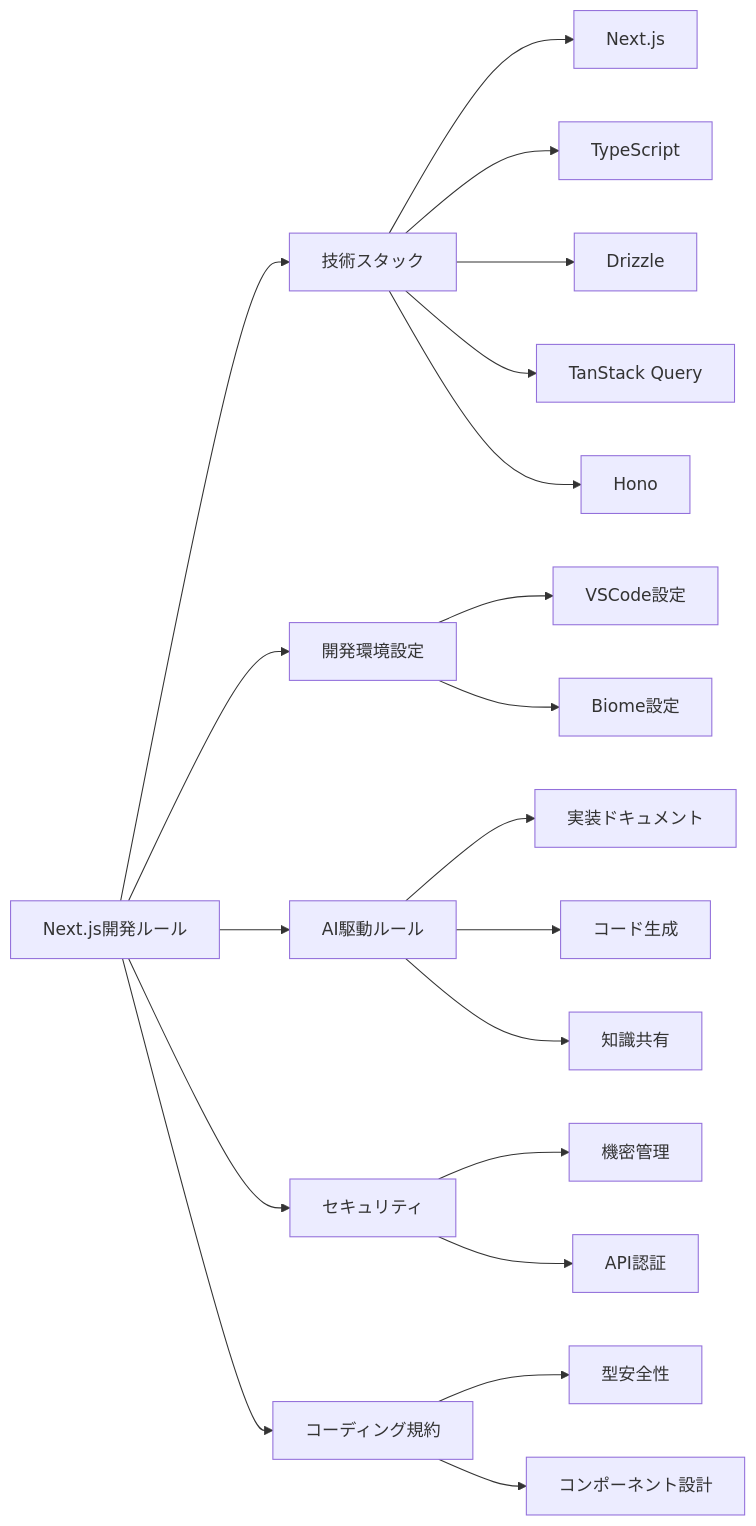
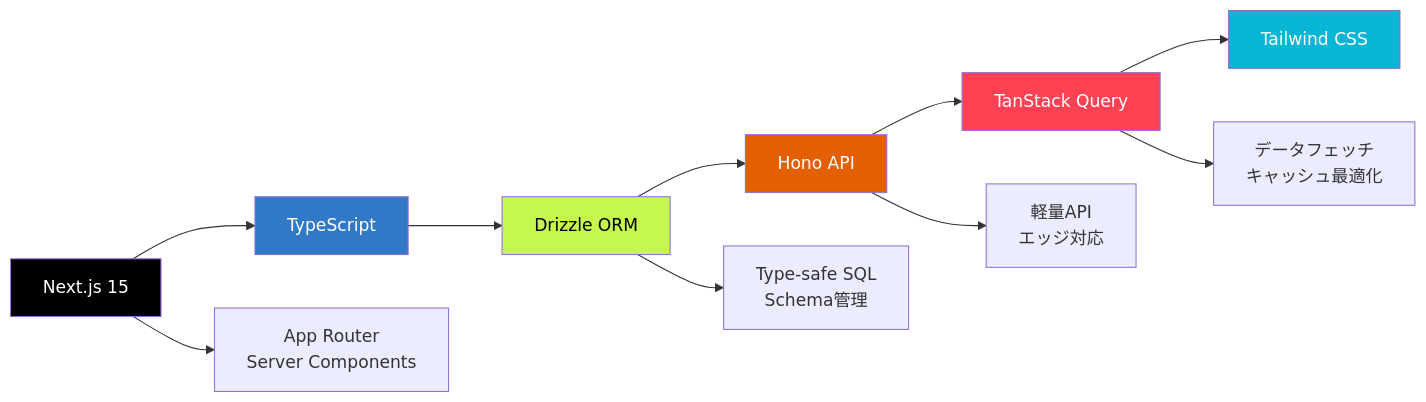
Before and after one commit to YunosukeYoshino/rules: the fourth of 4 diagrams in README.md, drawn with Mermaid. The commit also changed other lines of this file, not shown here.

````diff
--- a/README.md
+++ b/README.md
@@ -115,27 +116,20 @@
 ```mermaid
 graph LR
-    A[Next.js開発ルール] --> B[技術スタック]
-    A --> C[開発環境設定]
-    A --> D[AI駆動ルール]
-    A --> E[セキュリティ]
-    A --> F[コーディング規約]
+    A[Next.js 15] --> B[TypeScript]
+    B --> C[Drizzle ORM]
+    C --> D[Hono API]
+    D --> E[TanStack Query]
+    E --> F[Tailwind CSS]
 
-    B --> B1[Next.js]
-    B --> B2[TypeScript]
-    B --> B3[Drizzle]
-    B --> B4[TanStack Query]
-    B --> B5[Hono]
-    
-    C --> C1[VSCode設定]
-    C --> C2[Biome設定]
-    
-    D --> D1[実装ドキュメント]
-    D --> D2[コード生成]
-    D --> D3[知識共有]
-    
-    E --> E1[機密管理]
-    E --> E2[API認証]
-    
-    F --> F1[型安全性]
-    F --> F2[コンポーネント設計]
+    A --> A1[App Router<br/>Server Components]
+    C --> C1[Type-safe SQL<br/>Schema管理]
+    D --> D1[軽量API<br/>エッジ対応]
+    E --> E1[データフェッチ<br/>キャッシュ最適化]
+
+    style A fill:#000000,color:#ffffff
+    style B fill:#3178c6,color:#ffffff
+    style C fill:#c5f74f,color:#000000
+    style D fill:#e36002,color:#ffffff
+    style E fill:#ff4154,color:#ffffff
+    style F fill:#06b6d4,color:#ffffff
 ```
````
